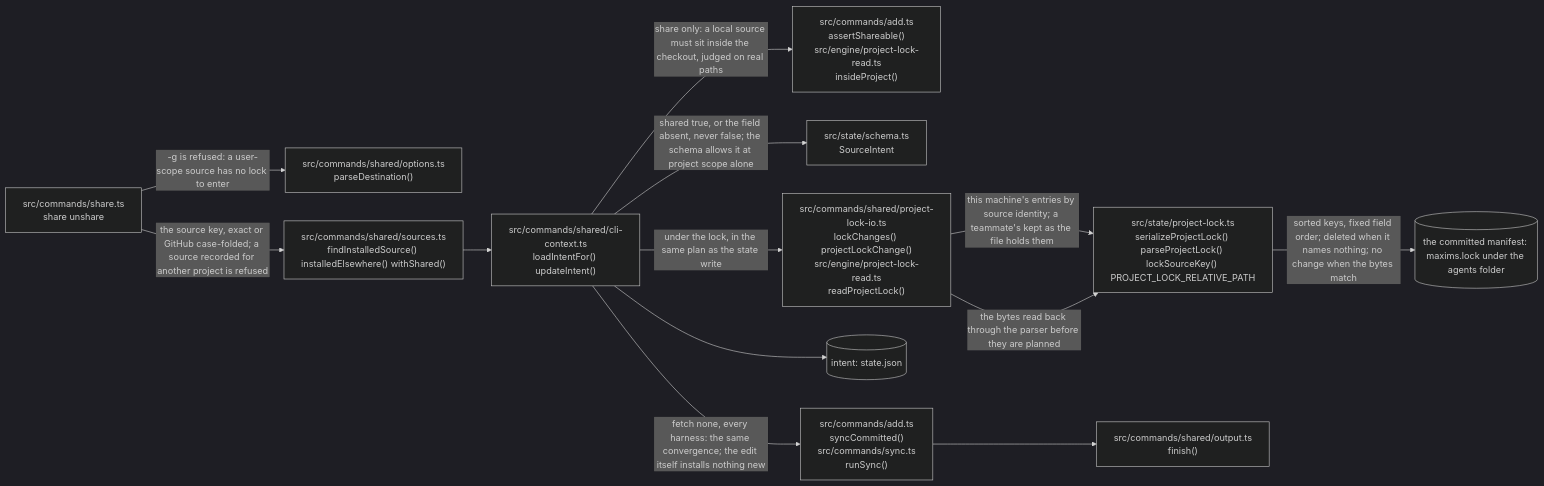
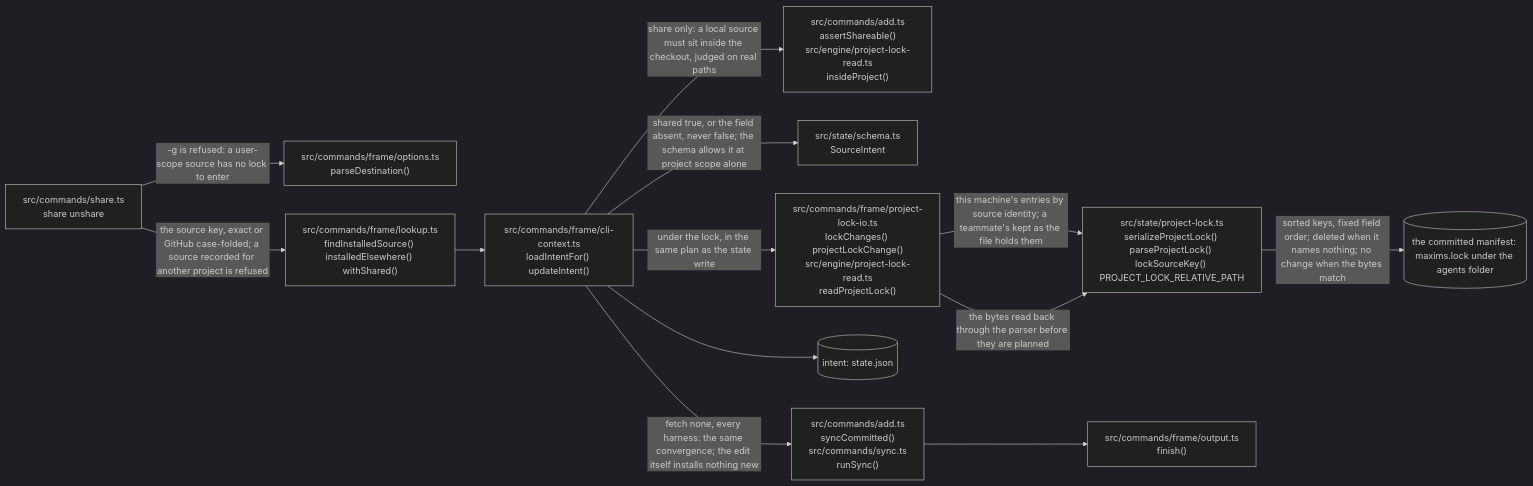
Diagram 13 of 15 in docs/architecture.md (Vivswan/maxims), drawn with Mermaid (dark theme) before and after one commit. The commit also changed other lines of this file and 48 other files, not shown here.

Commit message:
refactor(layout): the command-line frame moves to src/commands/frame (#155)

````diff
--- a/docs/architecture.md
+++ b/docs/architecture.md
@@ -487,27 +487,27 @@
 ```mermaid
 flowchart LR
   verb["src/commands/share.ts<br>share unshare"]
-  options["src/commands/shared/options.ts<br>parseDestination()"]
-  find["src/commands/shared/sources.ts<br>findInstalledSource() installedElsewhere() withShared()"]
-  intent["src/commands/shared/cli-context.ts<br>loadIntentFor() updateIntent()"]
+  options["src/commands/frame/options.ts<br>parseDestination()"]
+  find["src/commands/frame/lookup.ts<br>findInstalledSource() installedElsewhere() withShared()"]
+  intent["src/commands/frame/cli-context.ts<br>loadIntentFor() updateIntent()"]
   shareable["src/commands/add.ts<br>assertShareable()<br>src/engine/project-lock-read.ts<br>insideProject()"]
   schema["src/state/schema.ts<br>SourceIntent"]
-  lockio["src/commands/shared/project-lock-io.ts<br>lockChanges() projectLockChange()<br>src/engine/project-lock-read.ts<br>readProjectLock()"]
+  lockio["src/commands/frame/project-lock-io.ts<br>lockChanges() projectLockChange()<br>src/engine/project-lock-read.ts<br>readProjectLock()"]
   plock["src/state/project-lock.ts<br>serializeProjectLock() parseProjectLock() lockSourceKey() PROJECT_LOCK_RELATIVE_PATH"]
   manifest[("the committed manifest: maxims.lock under the agents folder")]
   statefile[("intent: state.json")]
   after["src/commands/add.ts<br>syncCommitted()<br>src/commands/sync.ts<br>runSync()"]
-  finish["src/commands/shared/output.ts<br>finish()"]
+  finish["src/commands/frame/output.ts<br>finish()"]
   verb -->|"-g is refused: a user-scope source has no lock to enter"| options
   verb -->|"the source key, exact or GitHub case-folded; a source recorded for another project is refused"| find
   find --> intent
   intent -->|"share only: a local source must sit inside the checkout, judged on real paths"| shareable
   intent -->|"shared true, or the field absent, never false; the schema allows it at project scope alone"| schema
   intent -->|"under the lock, in the same plan as the state write"| lockio
   lockio -->|"this machine's entries by source identity; a teammate's kept as the file holds them"| plock
   lockio -->|"the bytes read back through the parser before they are planned"| plock
   plock -->|"sorted keys, fixed field order; deleted when it names nothing; no change when the bytes match"| manifest
   intent --> statefile
   intent -->|"fetch none, every harness: the same convergence; the edit itself installs nothing new"| after
   after --> finish
 ```
````
